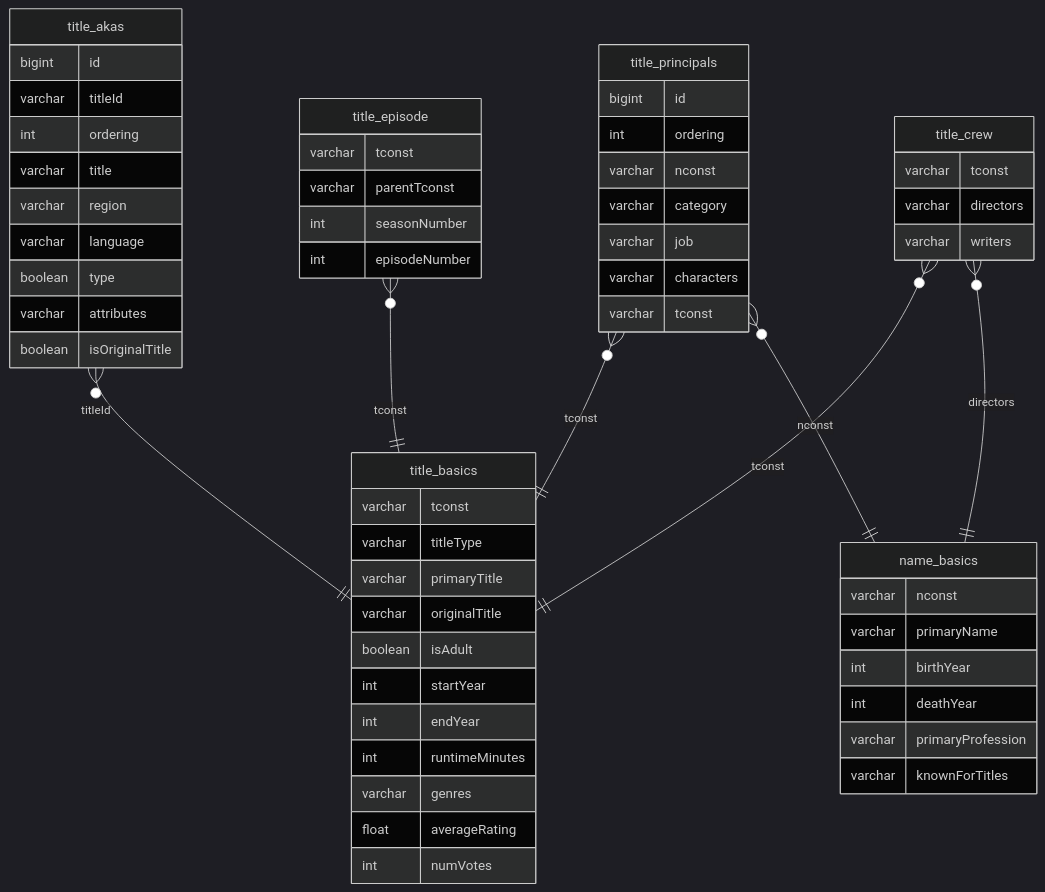
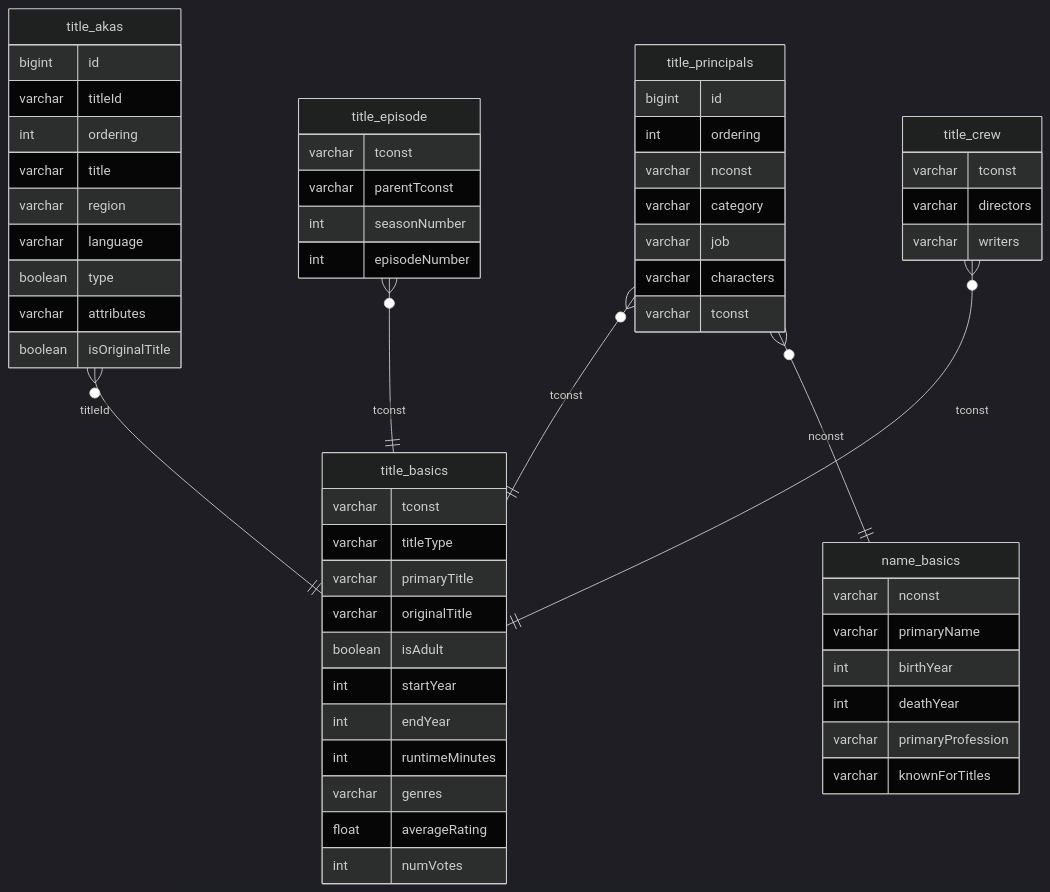
One commit to MelodyDuplaix/Netfloox_g0_JohnBondouxDuplaix changed the diagram in README.md. Above: the diagram before and after it, drawn with Mermaid (dark theme). The commit also changed other lines of this file and 1 other file, not shown here.

````diff
--- a/README.md
+++ b/README.md
@@ -67,62 +67,61 @@
 ```mermaid
 erDiagram
     title_akas }o--|| title_basics : titleId
     title_akas {
         bigint id
         varchar titleId
         int ordering
         varchar title
         varchar region
         varchar language
         boolean type
         varchar attributes
         boolean isOriginalTitle
-    }
+    } 
     title_basics {
         varchar tconst
         varchar titleType
         varchar primaryTitle
         varchar originalTitle
         boolean isAdult
         int startYear
         int endYear
         int runtimeMinutes
         varchar genres
         float averageRating
         int numVotes
     }
     title_principals }o--|| title_basics : tconst
     title_principals {
         bigint id
         int ordering
         varchar nconst
         varchar category
         varchar job
         varchar characters
         varchar tconst
     }
     title_episode }o--|| title_basics : tconst
     title_episode {
         varchar tconst
         varchar parentTconst
         int seasonNumber
         int episodeNumber
     }
     title_crew }o--|| title_basics : tconst
-    title_crew }o--|| name_basics : directors
     title_crew {
         varchar tconst
         varchar directors
         varchar writers
     }
     title_principals }o--|| name_basics : nconst
     name_basics {
         varchar nconst
         varchar primaryName
         int birthYear
         int deathYear
         varchar primaryProfession
         varchar knownForTitles
     }
 
 ```
````
